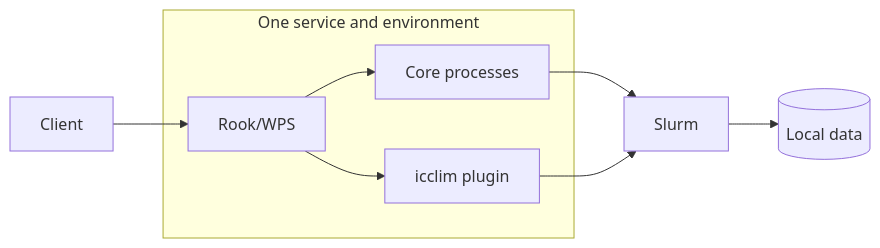
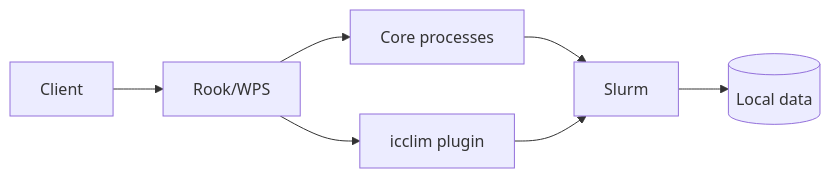
The eighth of 10 diagrams in Rook_WPS_ESGF2_talk_draft.md (roocs/rook), drawn with Mermaid before and after one commit. The commit also changed other lines of this file, not shown here.

````diff
--- a/Rook_WPS_ESGF2_talk_draft.md
+++ b/Rook_WPS_ESGF2_talk_draft.md
@@ -260,13 +271,9 @@
 ```mermaid
 flowchart LR
     Client["Client"] --> WPS["Rook/WPS"]
-
-    subgraph Service["One service and environment"]
-        WPS --> Core["Core processes"]
-        WPS --> Plugin["icclim plugin"]
-    end
-
+    WPS --> Core["Core processes"]
+    WPS --> Plugin["icclim plugin"]
     Core --> Slurm["Slurm"]
     Plugin --> Slurm
     Slurm --> Data[("Local data")]
 ```
````
